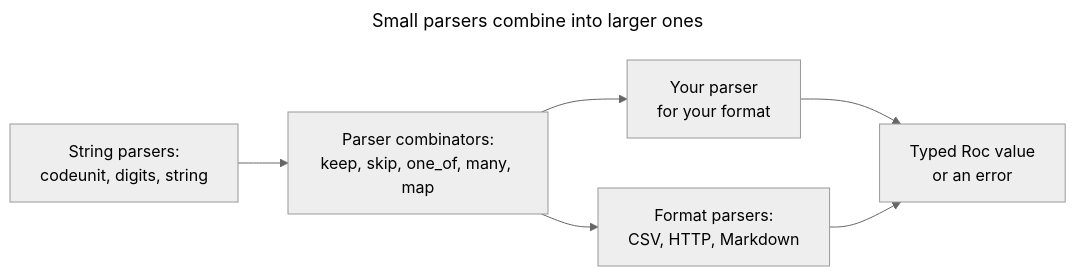
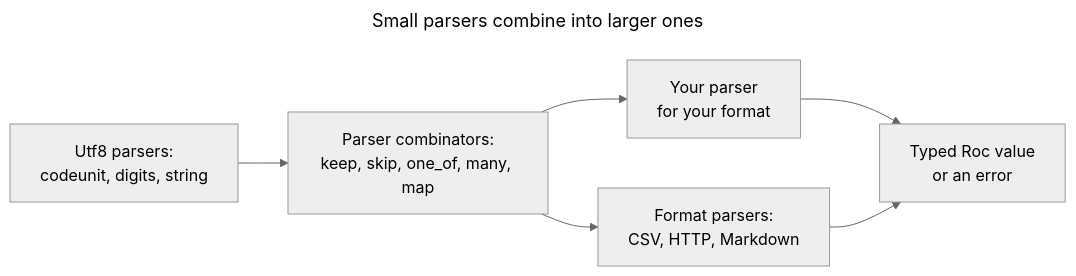
Before and after one commit to lukewilliamboswell/roc-parser: the diagram in docs/overview.adoc, drawn with Mermaid (neutral theme). The commit also changed other lines of this file and 60 other files, not shown here.

```diff
--- a/docs/overview.adoc
+++ b/docs/overview.adoc
@@ -123,12 +123,12 @@
 [mermaid]
 ....
 ---
 title: Small parsers combine into larger ones
 ---
 flowchart LR
-    Pieces["String parsers:<br/>codeunit, digits, string"] --> Combine["Parser combinators:<br/>keep, skip, one_of, many, map"]
+    Pieces["Utf8 parsers:<br/>codeunit, digits, string"] --> Combine["Parser combinators:<br/>keep, skip, one_of, many, map"]
     Combine --> Yours["Your parser<br/>for your format"]
     Combine --> Formats["Format parsers:<br/>CSV, HTTP, Markdown"]
     Yours --> Value["Typed Roc value<br/>or an error"]
     Formats --> Value
 ....
```
